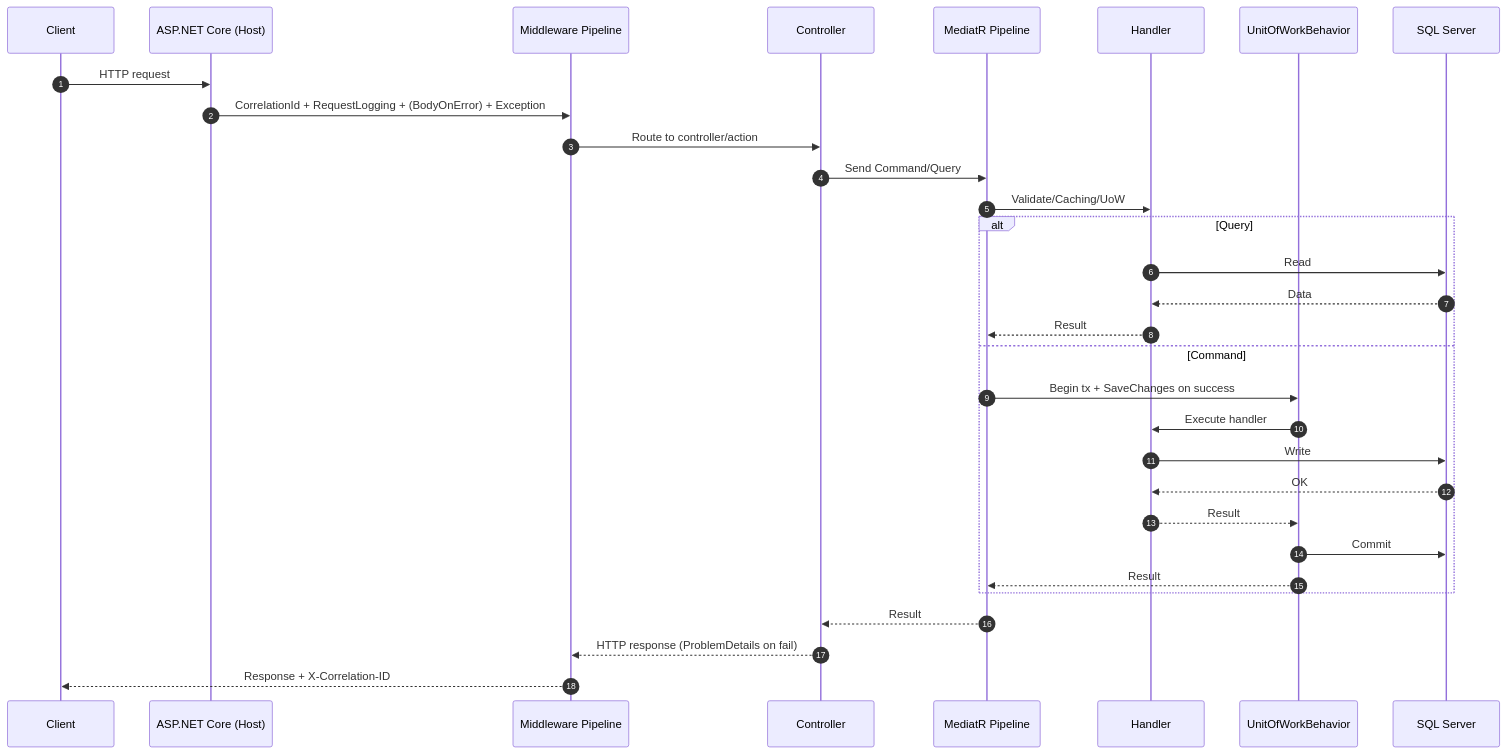
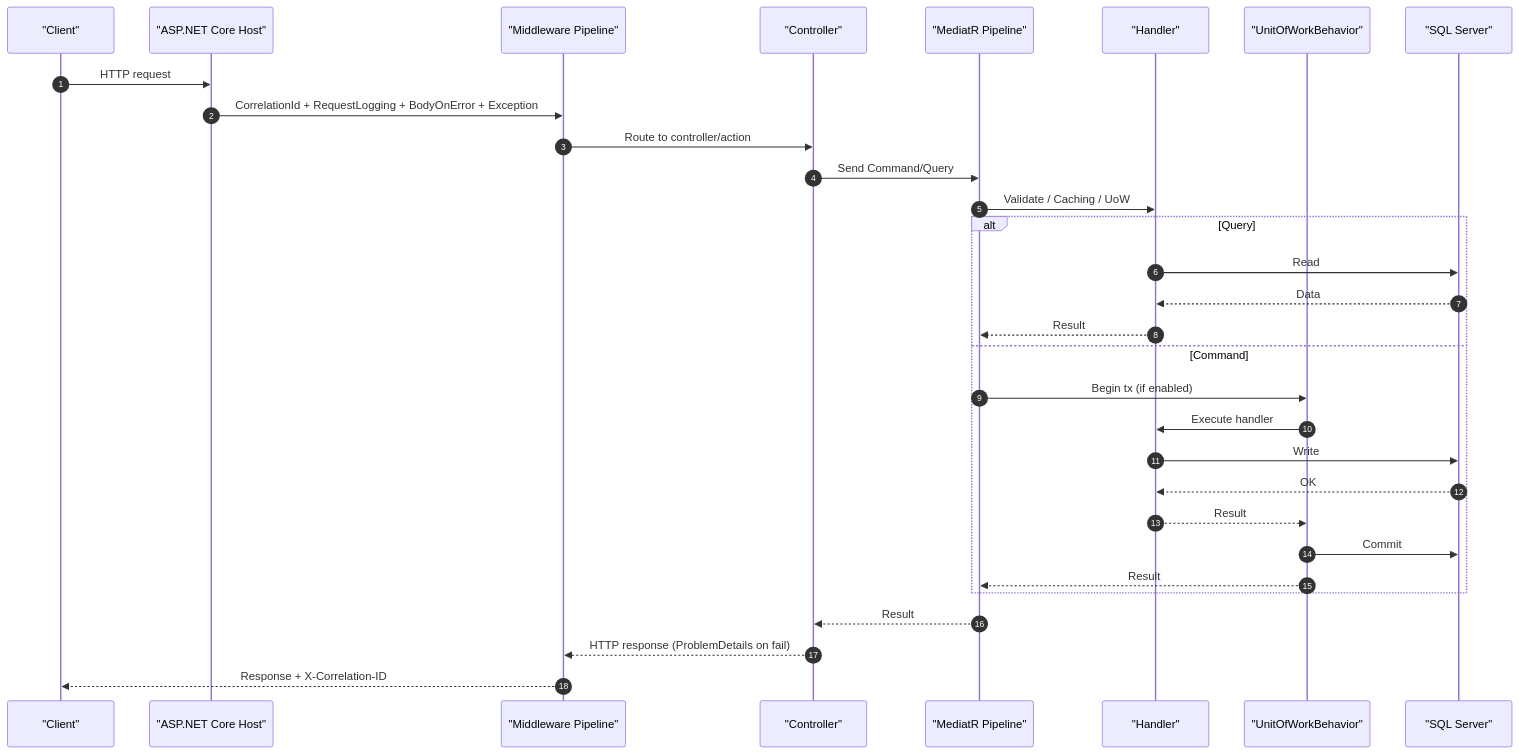
Before and after one commit to Radseq/myapp-clean-architecture-template: the second of 3 diagrams in README.md, drawn with Mermaid. The commit also changed other lines of this file, not shown here.

Commit message:
fix: README.md diagrams

````diff
--- a/README.md
+++ b/README.md
@@ -145,34 +147,36 @@
 ```mermaid
 sequenceDiagram
   autonumber
-  participant C as Client
-  participant API as ASP.NET Core (Host)
-  participant M as Middleware Pipeline
-  participant CTR as Controller
-  participant MR as MediatR Pipeline
-  participant H as Handler
-  participant UoW as UnitOfWorkBehavior
-  participant DB as SQL Server
+  participant C as "Client"
+  participant API as "ASP.NET Core Host"
+  participant M as "Middleware Pipeline"
+  participant CTR as "Controller"
+  participant MR as "MediatR Pipeline"
+  participant H as "Handler"
+  participant UoW as "UnitOfWorkBehavior"
+  participant DB as "SQL Server"
 
   C->>API: HTTP request
-  API->>M: CorrelationId + RequestLogging + (BodyOnError) + Exception
+  API->>M: CorrelationId + RequestLogging + BodyOnError + Exception
   M->>CTR: Route to controller/action
   CTR->>MR: Send Command/Query
-  MR->>H: Validate/Caching/UoW
+  MR->>H: Validate / Caching / UoW
+
   alt Query
     H->>DB: Read
     DB-->>H: Data
     H-->>MR: Result
   else Command
-    MR->>UoW: Begin tx + SaveChanges on success
+    MR->>UoW: Begin tx (if enabled)
     UoW->>H: Execute handler
     H->>DB: Write
     DB-->>H: OK
     H-->>UoW: Result
     UoW->>DB: Commit
     UoW-->>MR: Result
   end
+
   MR-->>CTR: Result
   CTR-->>M: HTTP response (ProblemDetails on fail)
   M-->>C: Response + X-Correlation-ID
 ```
````
